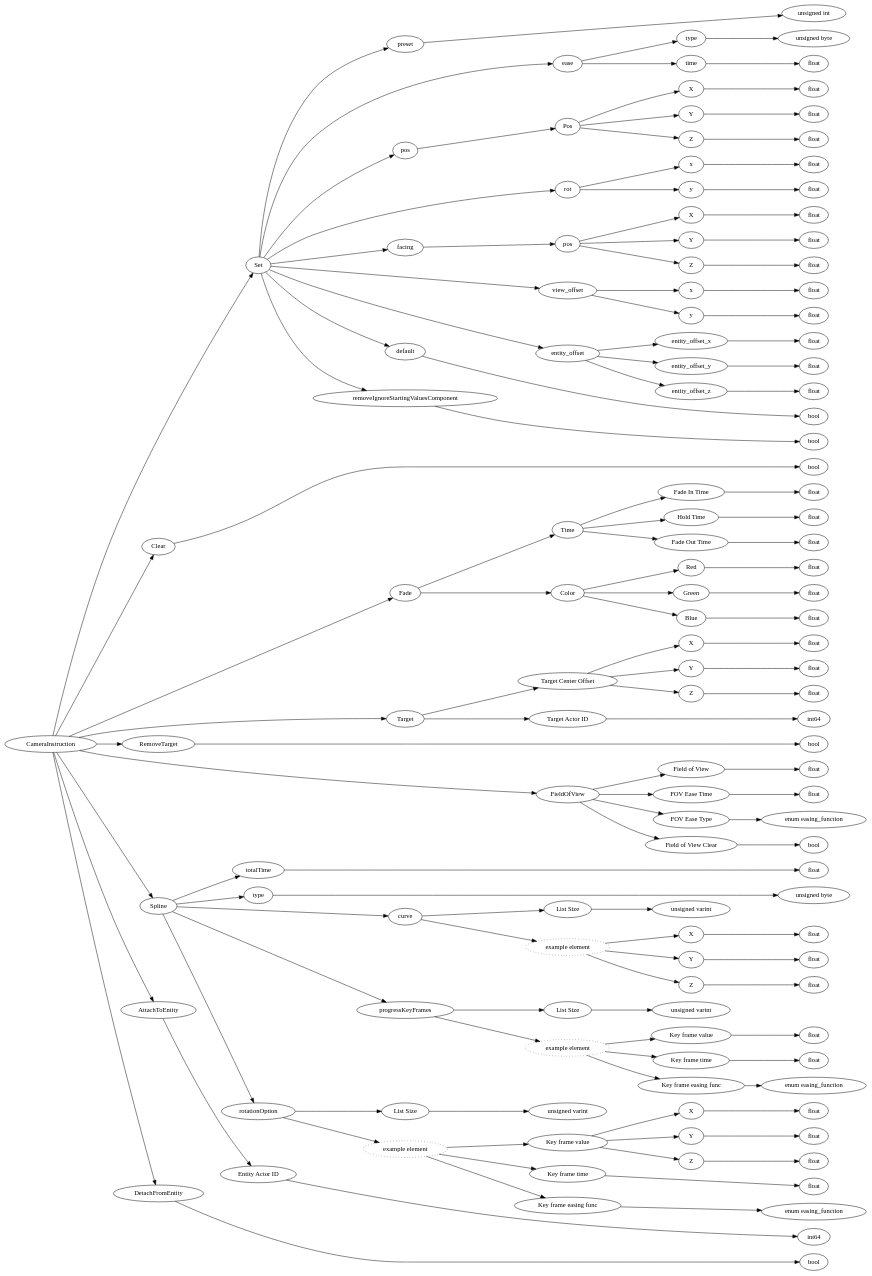
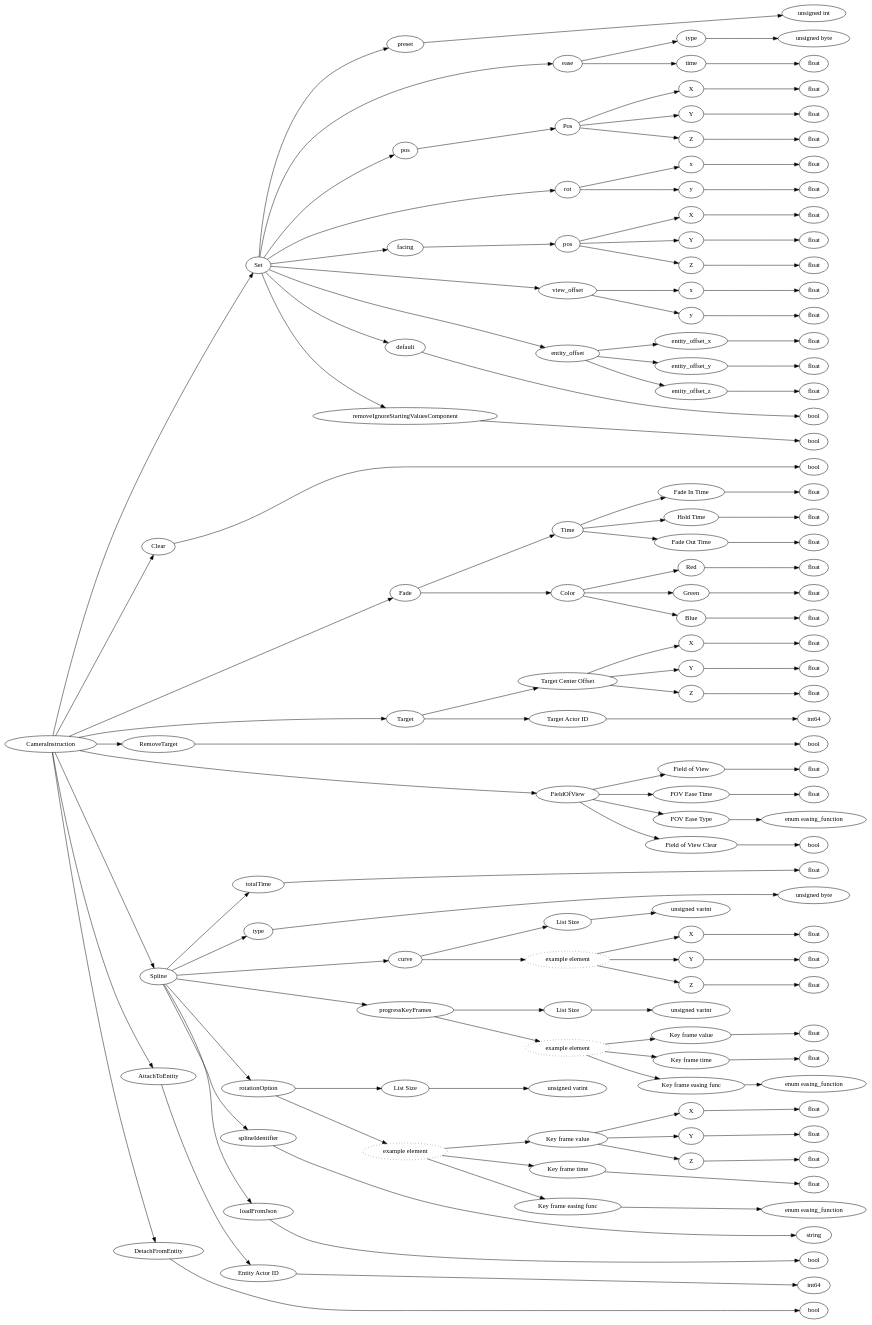
The diagram in dot/CameraInstruction.dot (Mojang/bedrock-protocol-docs), drawn with Graphviz before and after one commit. The commit also changed 589 other files, not shown here.

```diff
--- a/dot/CameraInstruction.dot
+++ b/dot/CameraInstruction.dot
@@ -124,11 +124,15 @@
 120 -> 121
 112 -> 122
 122 -> 123
-0 -> 124
+84 -> 124
 124 -> 125
-125 -> 126
-0 -> 127
-127 -> 128
+84 -> 126
+126 -> 127
+0 -> 128
+128 -> 129
+129 -> 130
+0 -> 131
+131 -> 132
 
 0 [label="CameraInstruction",comment="name: \"CameraInstruction\", typeName: \"\", id: 0, branchId: 0, recurseId: -1, attributes: 0, notes: \"\""];
 1 [label="Set",comment="name: \"Set\", typeName: \"\", id: 1, branchId: 0, recurseId: -1, attributes: 0, notes: \"\""];
@@ -254,11 +258,15 @@
 121 [label="float",comment="name: \"float\", typeName: \"\", id: 121, branchId: 0, recurseId: -1, attributes: 512, notes: \"\""];
 122 [label="Key frame easing func",comment="name: \"Key frame easing func\", typeName: \"\", id: 122, branchId: 0, recurseId: -1, attributes: 0, notes: \"\""];
 123 [label="enum easing_function",comment="name: \"enum easing_function\", typeName: \"\", id: 123, branchId: 0, recurseId: -1, attributes: 512, notes: \"\""];
-124 [label="AttachToEntity",comment="name: \"AttachToEntity\", typeName: \"\", id: 124, branchId: 0, recurseId: -1, attributes: 0, notes: \"\""];
-125 [label="Entity Actor ID",comment="name: \"Entity Actor ID\", typeName: \"\", id: 125, branchId: 0, recurseId: -1, attributes: 0, notes: \"\""];
-126 [label="int64",comment="name: \"int64\", typeName: \"\", id: 126, branchId: 0, recurseId: -1, attributes: 512, notes: \"\""];
-127 [label="DetachFromEntity",comment="name: \"DetachFromEntity\", typeName: \"\", id: 127, branchId: 0, recurseId: -1, attributes: 0, notes: \"\""];
-128 [label="bool",comment="name: \"bool\", typeName: \"\", id: 128, branchId: 0, recurseId: -1, attributes: 512, notes: \"\""];
-{ rank = max;3;6;8;12;14;16;19;21;25;27;29;32;34;37;39;41;43;45;47;51;53;55;58;60;62;66;68;70;72;74;77;79;81;83;86;88;94;96;98;104;106;108;115;117;119;121;123;126;128}
+124 [label="splineIdentifier",comment="name: \"splineIdentifier\", typeName: \"\", id: 124, branchId: 0, recurseId: -1, attributes: 0, notes: \"\""];
+125 [label="string",comment="name: \"string\", typeName: \"\", id: 125, branchId: 0, recurseId: -1, attributes: 512, notes: \"\""];
+126 [label="loadFromJson",comment="name: \"loadFromJson\", typeName: \"\", id: 126, branchId: 0, recurseId: -1, attributes: 0, notes: \"\""];
+127 [label="bool",comment="name: \"bool\", typeName: \"\", id: 127, branchId: 0, recurseId: -1, attributes: 512, notes: \"\""];
+128 [label="AttachToEntity",comment="name: \"AttachToEntity\", typeName: \"\", id: 128, branchId: 0, recurseId: -1, attributes: 0, notes: \"\""];
+129 [label="Entity Actor ID",comment="name: \"Entity Actor ID\", typeName: \"\", id: 129, branchId: 0, recurseId: -1, attributes: 0, notes: \"\""];
+130 [label="int64",comment="name: \"int64\", typeName: \"\", id: 130, branchId: 0, recurseId: -1, attributes: 512, notes: \"\""];
+131 [label="DetachFromEntity",comment="name: \"DetachFromEntity\", typeName: \"\", id: 131, branchId: 0, recurseId: -1, attributes: 0, notes: \"\""];
+132 [label="bool",comment="name: \"bool\", typeName: \"\", id: 132, branchId: 0, recurseId: -1, attributes: 512, notes: \"\""];
+{ rank = max;3;6;8;12;14;16;19;21;25;27;29;32;34;37;39;41;43;45;47;51;53;55;58;60;62;66;68;70;72;74;77;79;81;83;86;88;94;96;98;104;106;108;115;117;119;121;123;125;127;130;132}
 
 }
```
